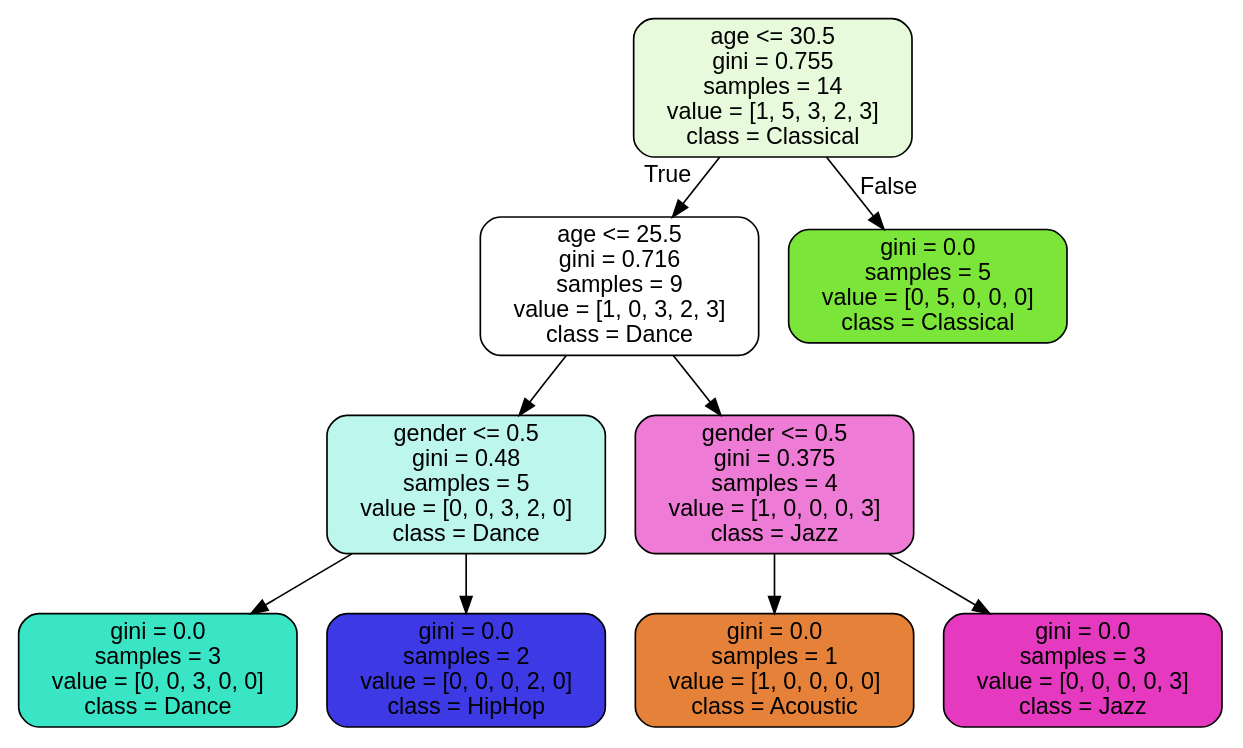
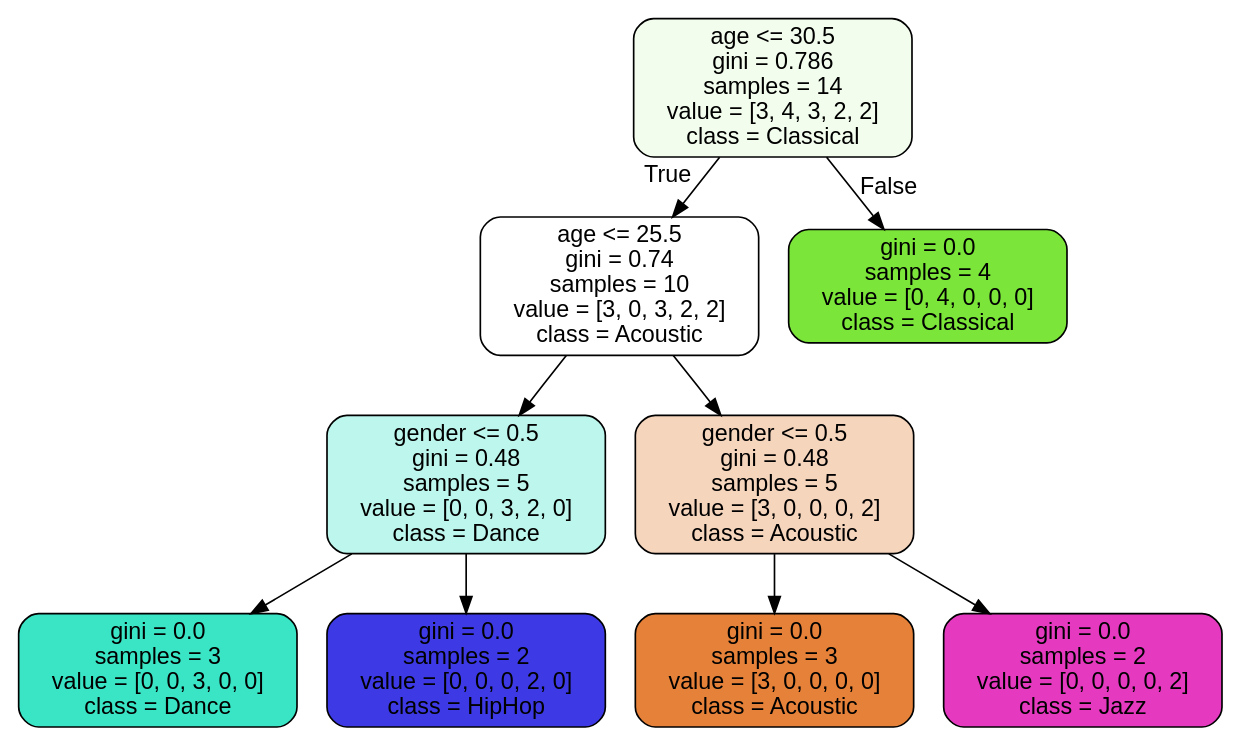
The diagram in dot/music_recomender.dot (rs-fagundes/Machine-Learning), drawn with Graphviz before and after one commit. The commit also changed 6 other files, not shown here.

```diff
--- a/dot/music_recomender.dot
+++ b/dot/music_recomender.dot
@@ -1,21 +1,21 @@
 digraph Tree {
 node [shape=box, style="filled, rounded", color="black", fontname="helvetica"] ;
 edge [fontname="helvetica"] ;
-0 [label="age <= 30.5\ngini = 0.755\nsamples = 14\nvalue = [1, 5, 3, 2, 3]\nclass = Classical", fillcolor="#e7fadb"] ;
-1 [label="age <= 25.5\ngini = 0.716\nsamples = 9\nvalue = [1, 0, 3, 2, 3]\nclass = Dance", fillcolor="#ffffff"] ;
+0 [label="age <= 30.5\ngini = 0.786\nsamples = 14\nvalue = [3, 4, 3, 2, 2]\nclass = Classical", fillcolor="#f3fded"] ;
+1 [label="age <= 25.5\ngini = 0.74\nsamples = 10\nvalue = [3, 0, 3, 2, 2]\nclass = Acoustic", fillcolor="#ffffff"] ;
 0 -> 1 [labeldistance=2.5, labelangle=45, headlabel="True"] ;
 2 [label="gender <= 0.5\ngini = 0.48\nsamples = 5\nvalue = [0, 0, 3, 2, 0]\nclass = Dance", fillcolor="#bdf6ec"] ;
 1 -> 2 ;
 3 [label="gini = 0.0\nsamples = 3\nvalue = [0, 0, 3, 0, 0]\nclass = Dance", fillcolor="#39e5c5"] ;
 2 -> 3 ;
 4 [label="gini = 0.0\nsamples = 2\nvalue = [0, 0, 0, 2, 0]\nclass = HipHop", fillcolor="#3c39e5"] ;
 2 -> 4 ;
-5 [label="gender <= 0.5\ngini = 0.375\nsamples = 4\nvalue = [1, 0, 0, 0, 3]\nclass = Jazz", fillcolor="#ee7bd5"] ;
+5 [label="gender <= 0.5\ngini = 0.48\nsamples = 5\nvalue = [3, 0, 0, 0, 2]\nclass = Acoustic", fillcolor="#f6d5bd"] ;
 1 -> 5 ;
-6 [label="gini = 0.0\nsamples = 1\nvalue = [1, 0, 0, 0, 0]\nclass = Acoustic", fillcolor="#e58139"] ;
+6 [label="gini = 0.0\nsamples = 3\nvalue = [3, 0, 0, 0, 0]\nclass = Acoustic", fillcolor="#e58139"] ;
 5 -> 6 ;
-7 [label="gini = 0.0\nsamples = 3\nvalue = [0, 0, 0, 0, 3]\nclass = Jazz", fillcolor="#e539c0"] ;
+7 [label="gini = 0.0\nsamples = 2\nvalue = [0, 0, 0, 0, 2]\nclass = Jazz", fillcolor="#e539c0"] ;
 5 -> 7 ;
-8 [label="gini = 0.0\nsamples = 5\nvalue = [0, 5, 0, 0, 0]\nclass = Classical", fillcolor="#7be539"] ;
+8 [label="gini = 0.0\nsamples = 4\nvalue = [0, 4, 0, 0, 0]\nclass = Classical", fillcolor="#7be539"] ;
 0 -> 8 [labeldistance=2.5, labelangle=-45, headlabel="False"] ;
 }
```
